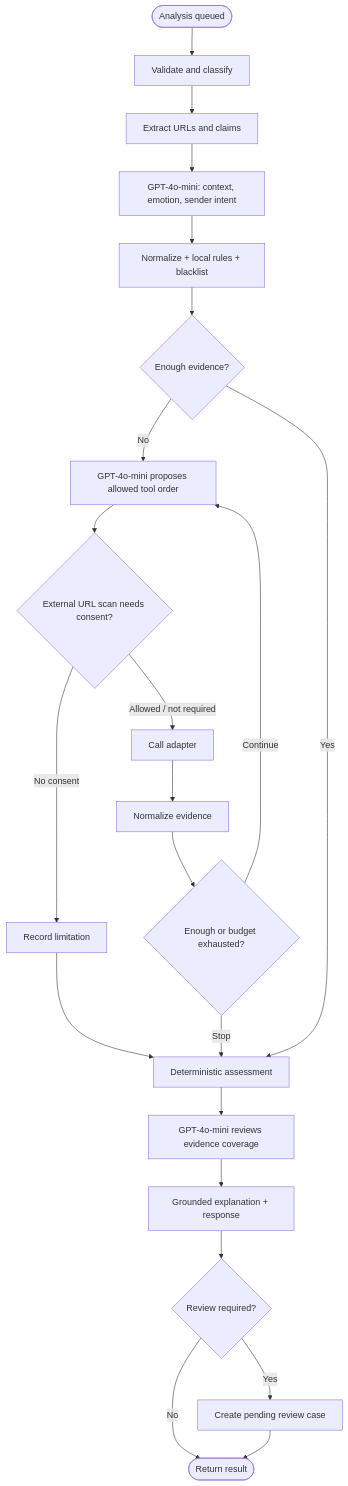
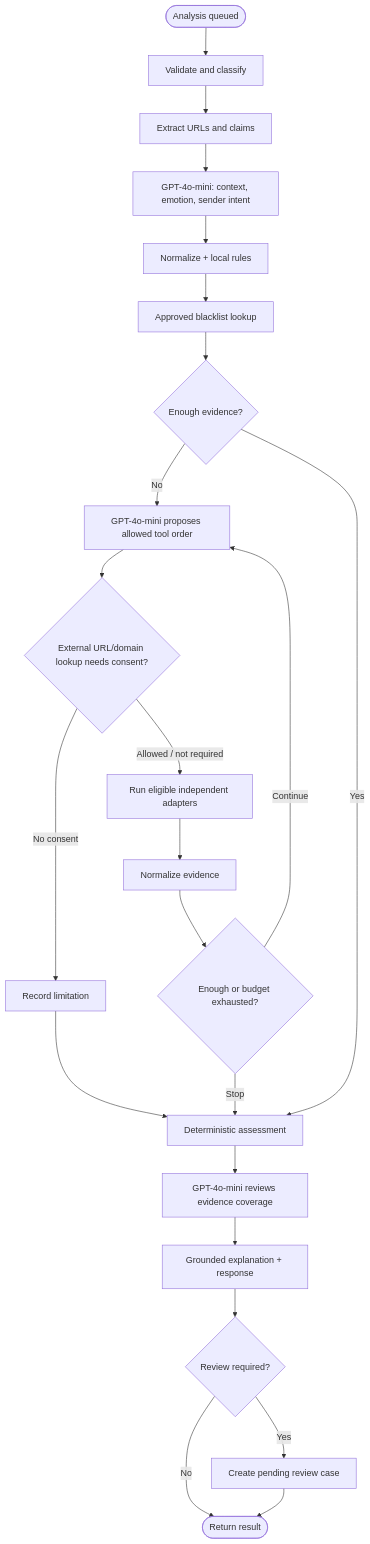
One commit to Binhdn04/TrustGuard-AI changed the second of 3 diagrams in docs/01-ARCHITECTURE.md. Above: the diagram before and after it, drawn with Mermaid. The commit also changed other lines of this file and 3 other files, not shown here.

````diff
--- a/docs/01-ARCHITECTURE.md
+++ b/docs/01-ARCHITECTURE.md
@@ -55,24 +60,25 @@
 ```mermaid
 flowchart TB
     Start(["Analysis queued"]) --> Validate["Validate and classify"]
     Validate --> Extract["Extract URLs and claims"]
     Extract --> Semantic["GPT-4o-mini: context, emotion, sender intent"]
-    Semantic --> Rules["Normalize + local rules + blacklist"]
-    Rules --> Enough{"Enough evidence?"}
+    Semantic --> Rules["Normalize + local rules"]
+    Rules --> Memory["Approved blacklist lookup"]
+    Memory --> Enough{"Enough evidence?"}
     Enough -->|"No"| Plan["GPT-4o-mini proposes allowed tool order"]
-    Plan --> Consent{"External URL scan needs consent?"}
+    Plan --> Consent{"External URL/domain lookup needs consent?"}
     Consent -->|"No consent"| Limit["Record limitation"]
-    Consent -->|"Allowed / not required"| Tool["Call adapter"]
+    Consent -->|"Allowed / not required"| Tool["Run eligible independent adapters"]
     Tool --> Observe["Normalize evidence"]
     Observe --> Stop{"Enough or budget exhausted?"}
     Stop -->|"Continue"| Plan
     Stop -->|"Stop"| Score["Deterministic assessment"]
     Limit --> Score
     Enough -->|"Yes"| Score
     Score --> ReviewLLM["GPT-4o-mini reviews evidence coverage"]
     ReviewLLM --> Explain["Grounded explanation + response"]
     Explain --> Escalate{"Review required?"}
     Escalate -->|"No"| Done(["Return result"])
     Escalate -->|"Yes"| Review["Create pending review case"]
     Review --> Done
 ```
````
